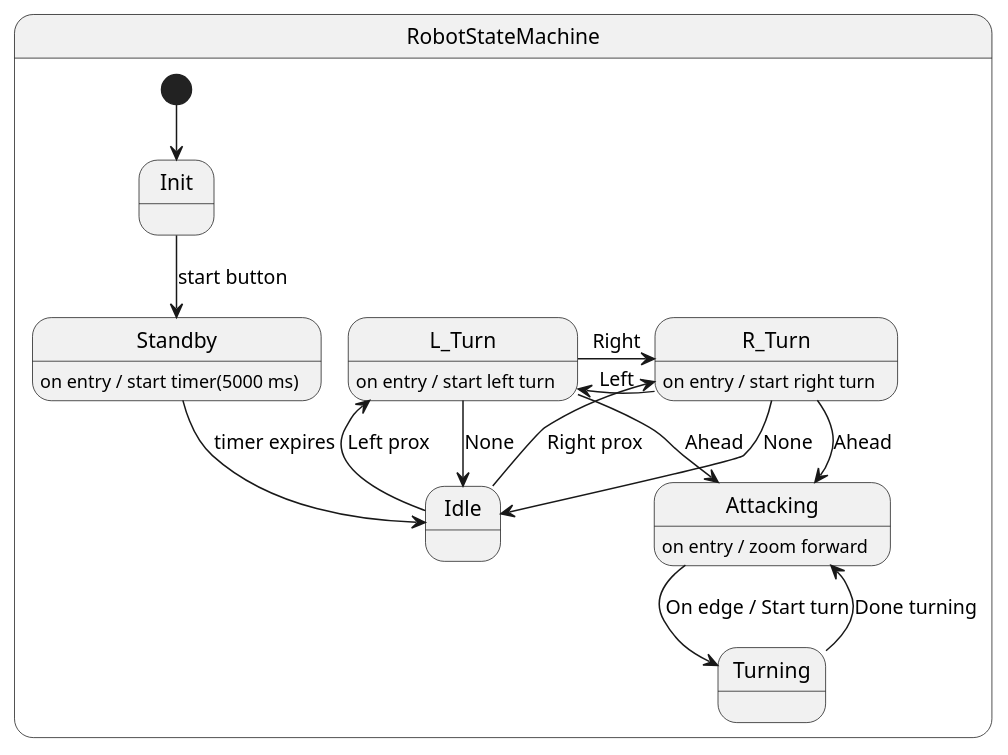
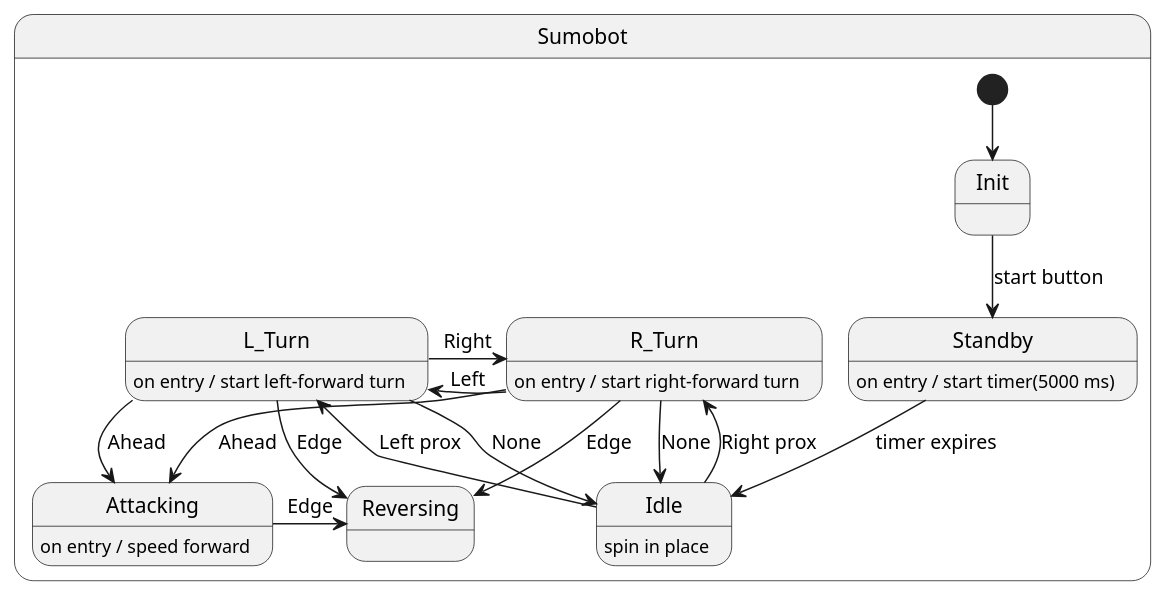
The diagram in statechart.puml (penguinencounter/scanbot), drawn with PlantUML before and after one commit. The commit also changed 12 other files, not shown here.

Commit message:
Winning sumobot. Updated state diagram. States: +1 -1

```diff
--- a/statechart.puml
+++ b/statechart.puml
@@ -1,21 +1,23 @@
 @startuml
-state RobotStateMachine {
+state Sumobot {
     [*] --> Init
     Init --> Standby : start button
     Standby : on entry / start timer(5000 ms)
     Standby --> Idle : timer expires
+    Idle : spin in place
     Idle --> L_Turn : Left prox
     Idle --> R_Turn : Right prox
-    L_Turn : on entry / start left turn
-    R_Turn : on entry / start right turn
+    L_Turn : on entry / start left-forward turn
+    R_Turn : on entry / start right-forward turn
     L_Turn -> R_Turn : Right
     R_Turn -> L_Turn : Left
     L_Turn --> Idle : None
     R_Turn --> Idle : None
     L_Turn --> Attacking : Ahead
     R_Turn --> Attacking : Ahead
-    Attacking : on entry / zoom forward
-    Attacking --> Turning : On edge / Start turn
-    Turning --> Attacking : Done turning
+    Attacking : on entry / speed forward
+    Attacking -> Reversing : Edge
+    L_Turn -> Reversing : Edge
+    R_Turn -> Reversing : Edge
 }
 @enduml
```
